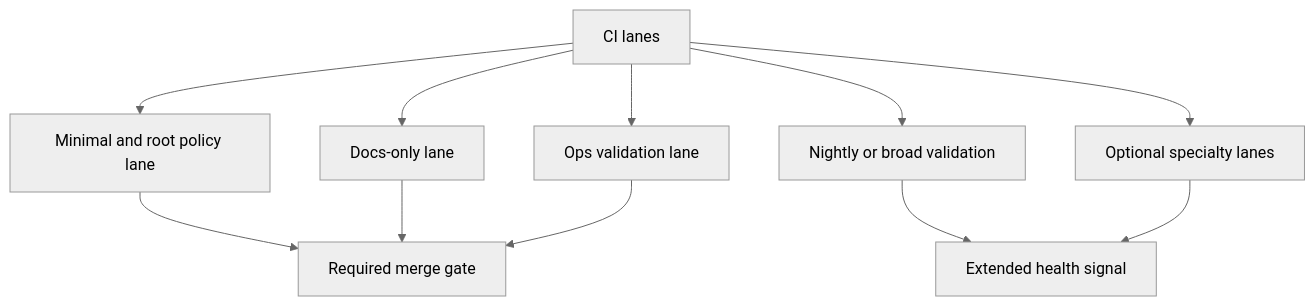
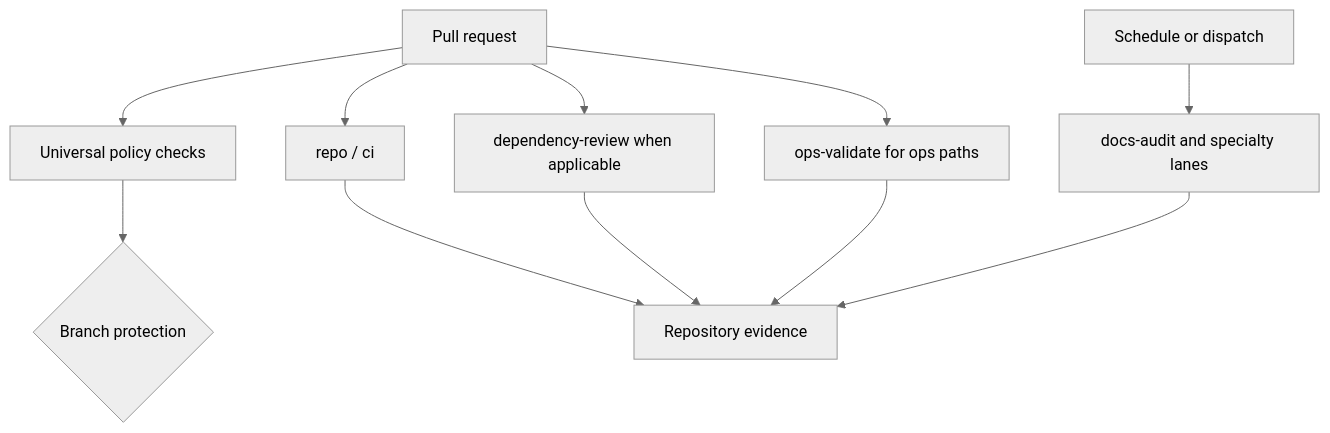
The diagram in docs/bijux-atlas-dev/delivery/ci-lanes-and-status-checks.md (bijux/bijux-atlas), drawn with Mermaid (neutral theme) before and after one commit. The commit also changed other lines of this file and 2 other files, not shown here.

Commit message:
docs(delivery): distinguish merge policy from workflow evidence

````diff
--- a/docs/bijux-atlas-dev/delivery/ci-lanes-and-status-checks.md
+++ b/docs/bijux-atlas-dev/delivery/ci-lanes-and-status-checks.md
@@ -17,14 +16,13 @@
 ```mermaid
 flowchart TD
-    Lanes[CI lanes] --> Minimal[Minimal and root policy lane]
-    Lanes --> Docs[Docs-only lane]
-    Lanes --> Ops[Ops validation lane]
-    Lanes --> Nightly[Nightly or broad validation]
-    Lanes --> Optional[Optional specialty lanes]
-
-    Minimal --> Gate[Required merge gate]
-    Docs --> Gate
-    Ops --> Gate
-    Nightly --> Health[Extended health signal]
-    Optional --> Health
+    PR[Pull request] --> Policy[Universal policy checks]
+    PR --> Repo[repo / ci]
+    PR --> Review[dependency-review when applicable]
+    PR --> Ops[ops-validate for ops paths]
+    Manual[Schedule or dispatch] --> Audit[docs-audit and specialty lanes]
+    Policy --> Merge{Branch protection}
+    Repo --> Evidence[Repository evidence]
+    Review --> Evidence
+    Ops --> Evidence
+    Audit --> Evidence
 ```
````
